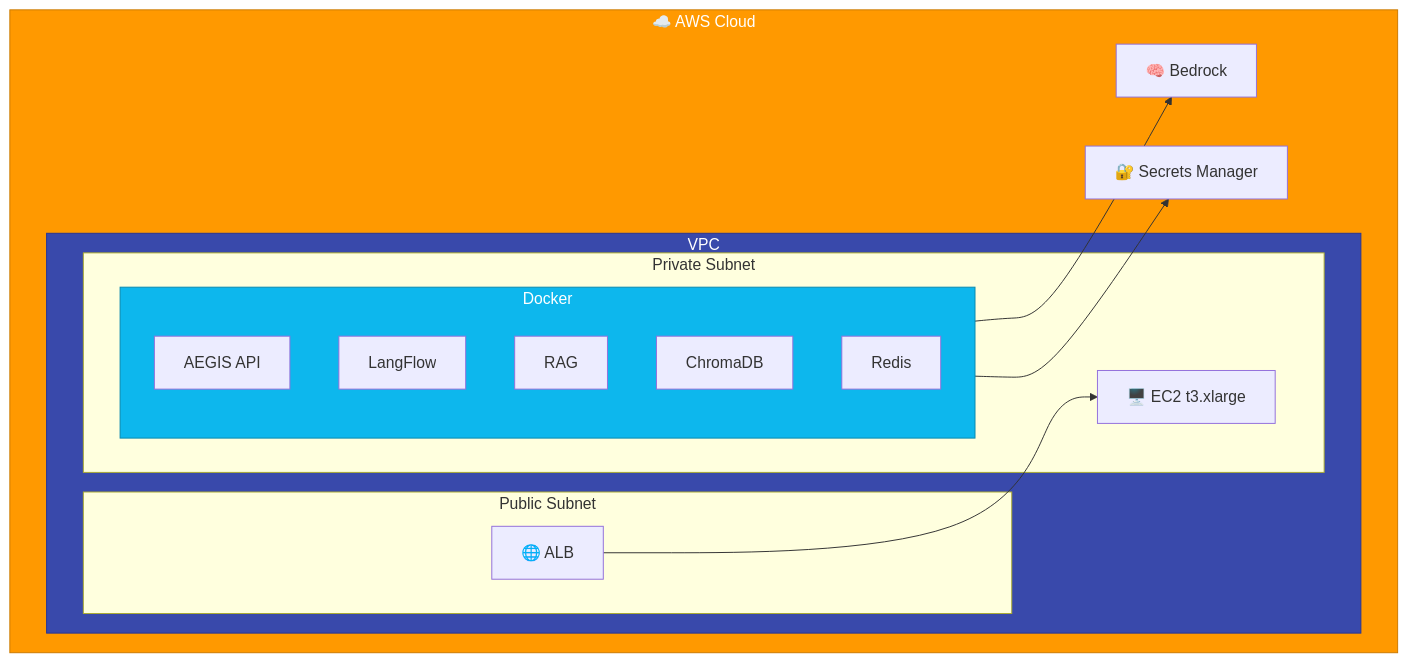
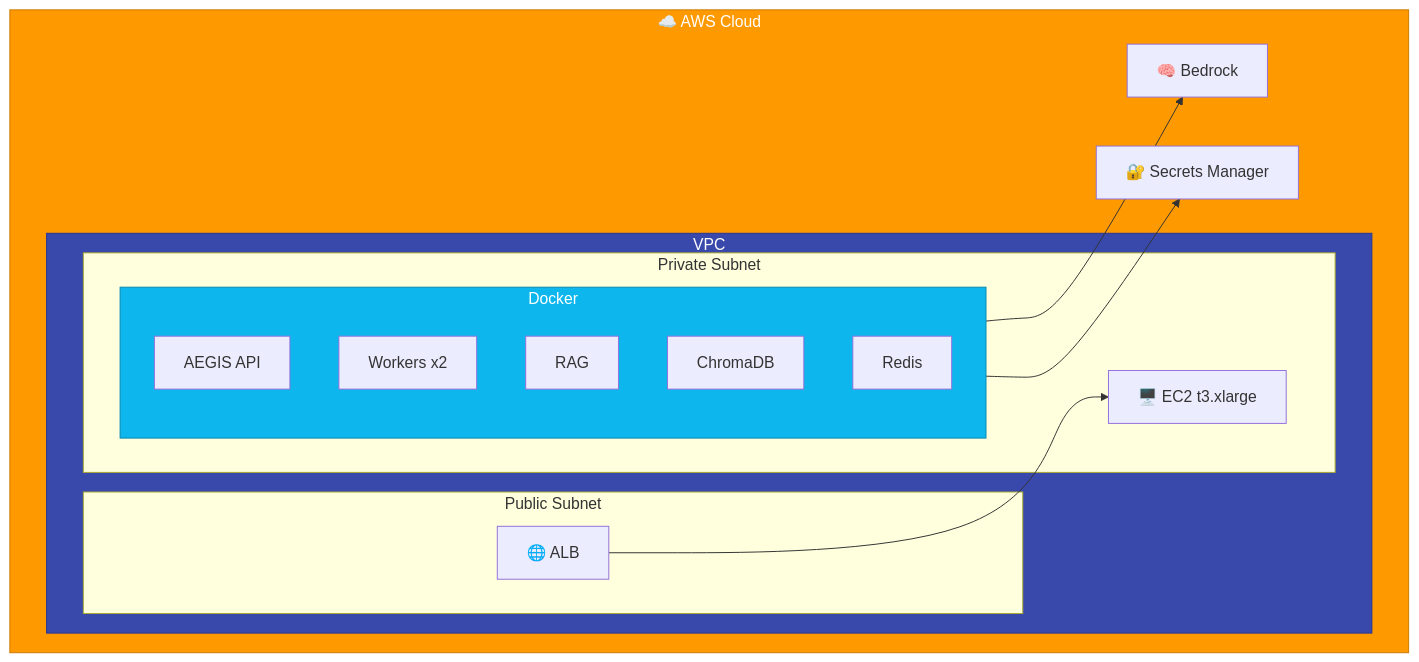
The seventh of 7 diagrams in docs/architecture-diagrams.md (maniltns/AEGIS), drawn with Mermaid before and after one commit. The commit also changed other lines of this file and 6 other files, not shown here.

````diff
--- a/docs/architecture-diagrams.md
+++ b/docs/architecture-diagrams.md
@@ -328,33 +297,33 @@
 ```mermaid
 graph TB
     subgraph AWS["☁️ AWS Cloud"]
         subgraph VPC["VPC"]
             subgraph PUB["Public Subnet"]
                 ALB["🌐 ALB"]
             end
             
             subgraph PRIV["Private Subnet"]
                 EC2["🖥️ EC2 t3.xlarge"]
                 
                 subgraph CONTAINERS["Docker"]
                     API["AEGIS API"]
-                    LF["LangFlow"]
+                    WORKER["Workers x2"]
                     RAG["RAG"]
                     CH["ChromaDB"]
                     RD["Redis"]
                 end
             end
         end
         
         BEDROCK["🧠 Bedrock"]
         SECRETS["🔐 Secrets Manager"]
     end
     
     ALB --> EC2
     CONTAINERS --> BEDROCK
     CONTAINERS --> SECRETS
     
     style AWS fill:#FF9900,stroke:#cc7a00,color:#fff
     style VPC fill:#3949ab,stroke:#283593,color:#fff
     style CONTAINERS fill:#0db7ed,stroke:#0a89af,color:#fff
 ```
````
